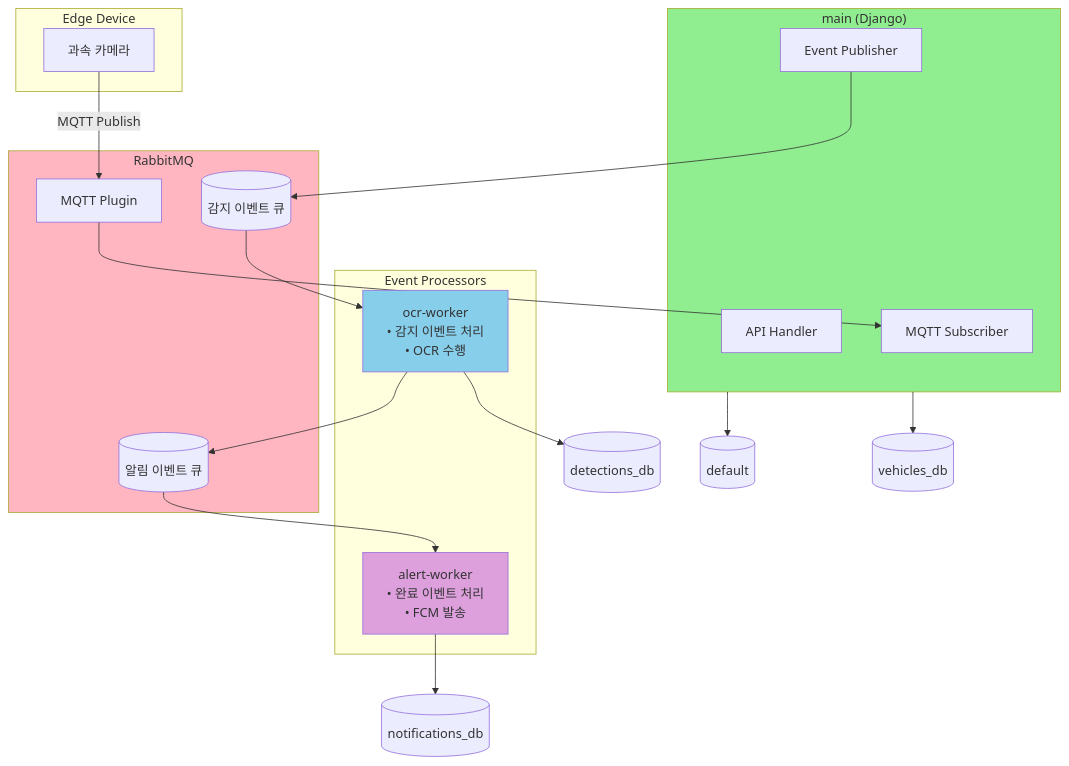
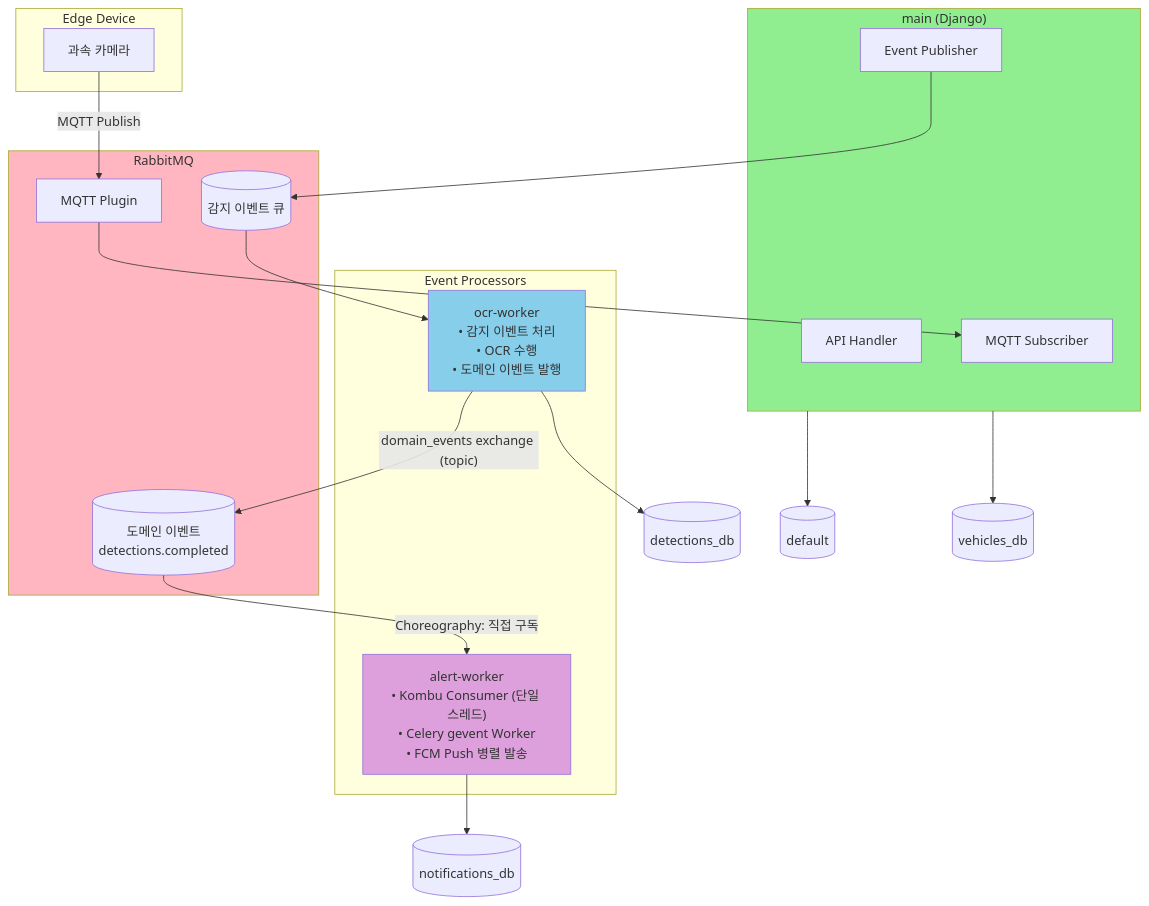
Before and after one commit to Qualcom-Capstone/backend: the sixth of 12 diagrams in docs/ARCHITECTURE_COMPARISON.md, drawn with Mermaid. The commit also changed other lines of this file and 7 other files, not shown here.

````diff
--- a/docs/ARCHITECTURE_COMPARISON.md
+++ b/docs/ARCHITECTURE_COMPARISON.md
@@ -181,40 +181,40 @@
 ```mermaid
 graph TB
     subgraph Edge["Edge Device"]
         Camera["과속 카메라"]
     end
 
     subgraph Main["main (Django)"]
         API["API Handler"]
         MQTT_Sub["MQTT Subscriber"]
         Publisher["Event Publisher"]
     end
 
     subgraph Workers["Event Processors"]
-        OCR["ocr-worker<br/>• 감지 이벤트 처리<br/>• OCR 수행"]
-        Alert["alert-worker<br/>• 완료 이벤트 처리<br/>• FCM 발송"]
+        OCR["ocr-worker<br/>• 감지 이벤트 처리<br/>• OCR 수행<br/>• 도메인 이벤트 발행"]
+        Alert["alert-worker<br/>• Kombu Consumer (단일 스레드)<br/>• Celery gevent Worker<br/>• FCM Push 병렬 발송"]
     end
 
     subgraph MessageBroker["RabbitMQ"]
         MQTT["MQTT Plugin"]
         Queue1[("감지 이벤트 큐")]
-        Queue2[("알림 이벤트 큐")]
+        Queue2[("도메인 이벤트<br/>detections.completed")]
     end
 
     Camera -->|"MQTT Publish"| MQTT
     MQTT --> MQTT_Sub
     Publisher --> Queue1
     Queue1 --> OCR
-    OCR --> Queue2
-    Queue2 --> Alert
+    OCR -->|"domain_events exchange (topic)"| Queue2
+    Queue2 -->|"Choreography: 직접 구독"| Alert
 
     Main --> DB1[("default")]
     Main --> DB2[("vehicles_db")]
     OCR --> DB3[("detections_db")]
     Alert --> DB4[("notifications_db")]
 
     style Main fill:#90EE90
     style OCR fill:#87CEEB
     style Alert fill:#DDA0DD
     style MessageBroker fill:#FFB6C1
 ```
````
